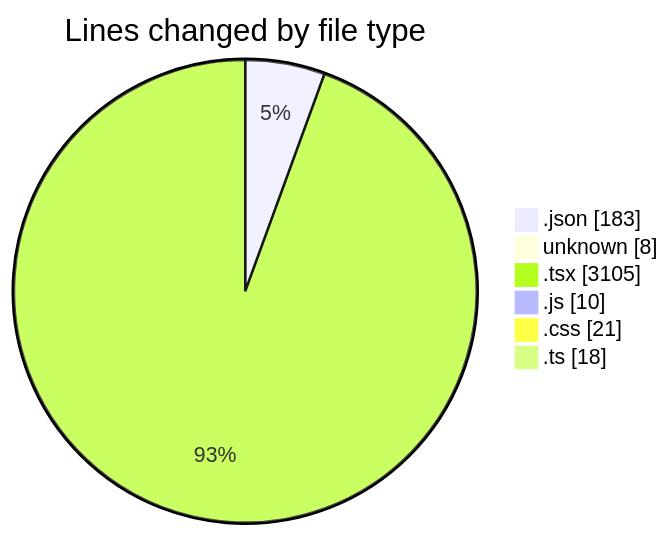
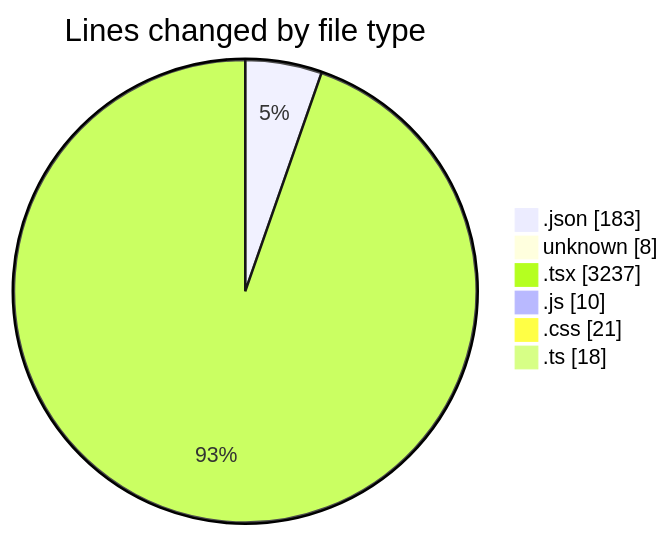
The first of 2 diagrams in 2025-05-02/niten/README.md (Elitesun/code-tracking), drawn with Mermaid before and after one commit. The commit also changed other lines of this file and 1 other file, not shown here.

````diff
--- a/2025-05-02/niten/README.md
+++ b/2025-05-02/niten/README.md
@@ -42,10 +43,10 @@
 ```mermaid
 pie showData
 title Lines changed by file type
 ".json" : 183
 "unknown" : 8
-".tsx" : 3105
+".tsx" : 3237
 ".js" : 10
 ".css" : 21
 ".ts" : 18
 ```
````
